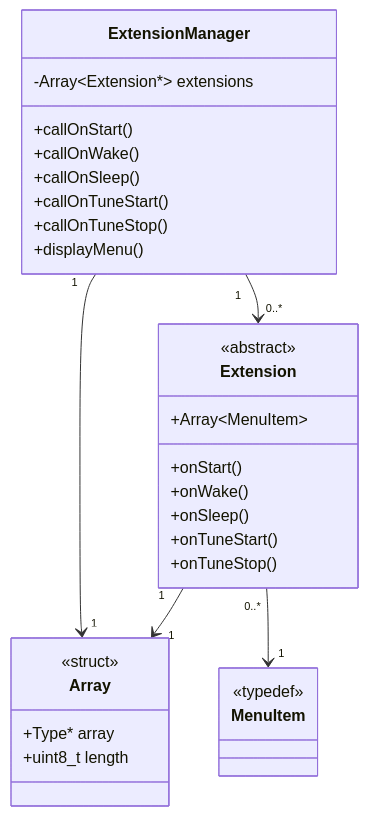
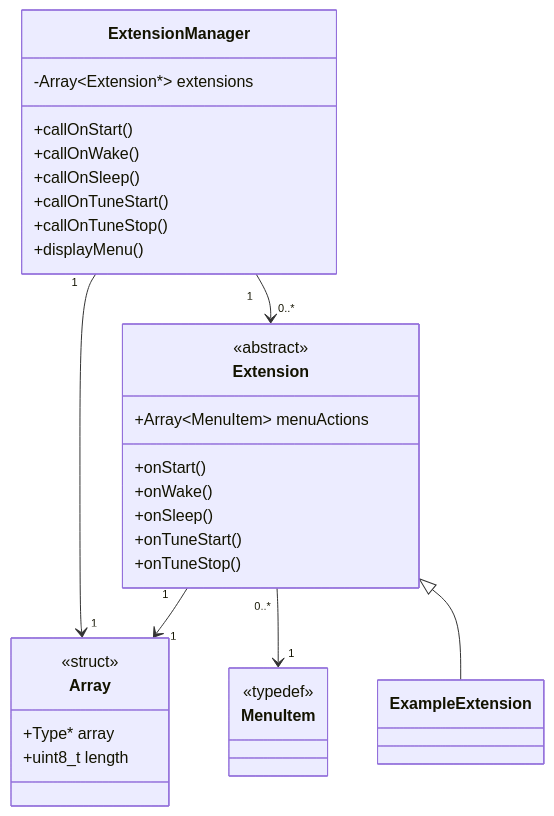
One commit to jgOhYeah/BikeHorn changed the diagram in Extensions.md. Above: the diagram before and after it, drawn with Mermaid. The commit also changed 4 other files, not shown here.

````diff
--- a/Extensions.md
+++ b/Extensions.md
@@ -9,38 +9,42 @@
 ```mermaid
 classDiagram
+    ExtensionManager "1" --> "1" Array
     Extension "1" --> "1" Array
     Extension "0..*" --> "1" MenuItem
     ExtensionManager "1" --> "0..*" Extension
-    ExtensionManager "1" --> "1" Array
-
+    Extension <|-- ExampleExtension
 
     class Array~Type~ {
         <<struct>>
         +Type* array
         +uint8_t length
     }
 
     class MenuItem {
         <<typedef>>
     }
 
     class Extension {
         <<abstract>>
         +onStart()
         +onWake()
         +onSleep()
         +onTuneStart()
         +onTuneStop()
-        +Array~MenuItem~
+        +Array~MenuItem~ menuActions
     }
 
     class ExtensionManager {
         +callOnStart()
         +callOnWake()
         +callOnSleep()
         +callOnTuneStart()
         +callOnTuneStop()
         +displayMenu()
         -Array~Extension*~ extensions
     }
+
+    class ExampleExtension {
+
+    }
 ```
````
